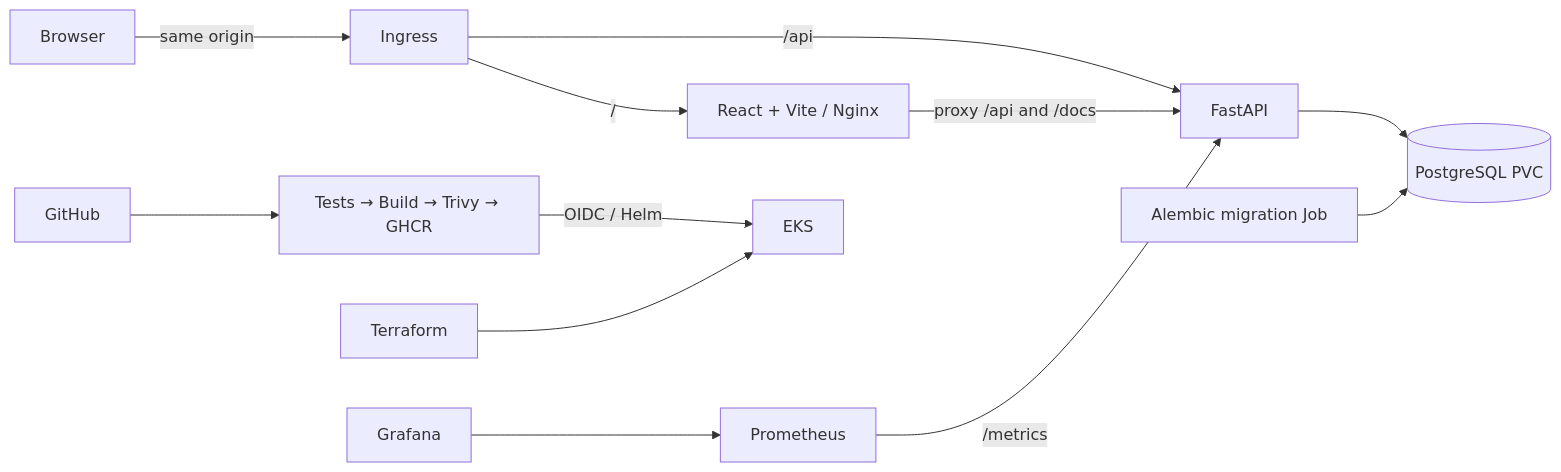
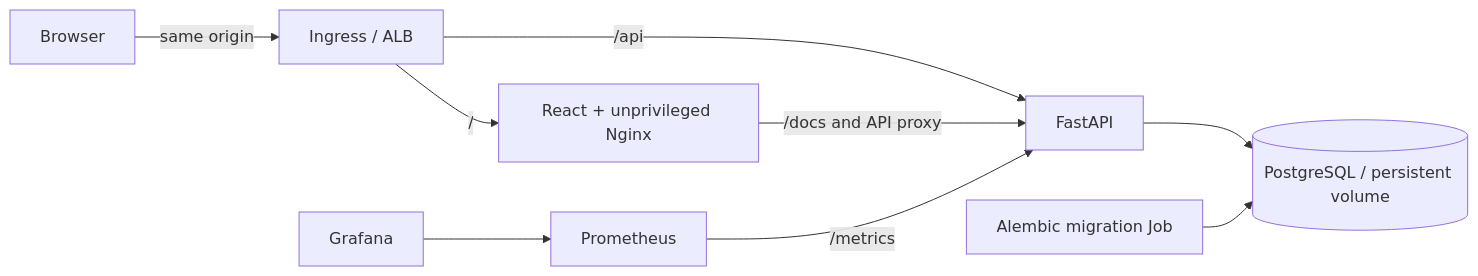
Before and after one commit to NoteLegend/devOps-TaskBoard: the first of 2 diagrams in README.md, drawn with Mermaid. The commit also changed other lines of this file and 89 other files, not shown here.

````diff
--- a/README.md
+++ b/README.md
@@ -5,14 +42,11 @@
 ```mermaid
 flowchart LR
-  Browser -->|same origin| Ingress
-  Ingress -->|/| React[React + Vite / Nginx]
+  Browser -->|same origin| Ingress[Ingress / ALB]
+  Ingress -->|/| UI[React + unprivileged Nginx]
   Ingress -->|/api| API[FastAPI]
-  React -->|proxy /api and /docs| API
-  API --> DB[(PostgreSQL PVC)]
+  UI -->|/docs and API proxy| API
+  API --> DB[(PostgreSQL / persistent volume)]
   Migration[Alembic migration Job] --> DB
   Prometheus -->|/metrics| API
   Grafana --> Prometheus
-  GitHub --> Actions[Tests → Build → Trivy → GHCR]
-  Actions -->|OIDC / Helm| EKS
-  Terraform --> EKS
 ```
````
